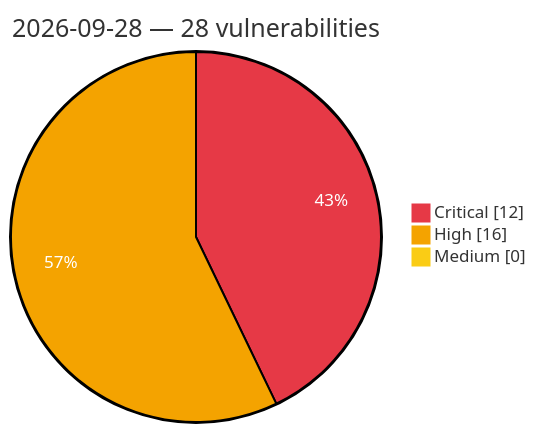
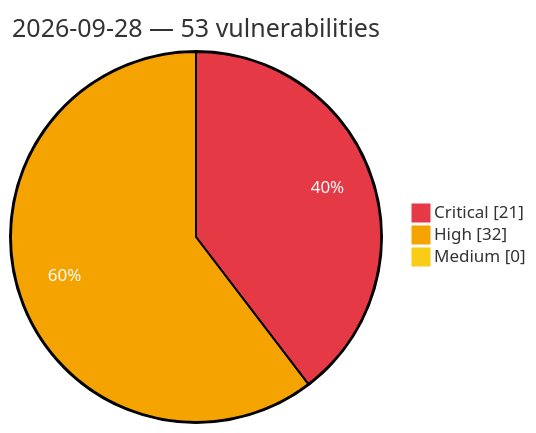
Before and after one commit to GhostX0X/vuln-tracker: the diagram in vulnerabilities/2026/September/2026-09-28.md, drawn with Mermaid. The commit also changed other lines of this file and 5 other files, not shown here.

Commit message:
Auto update: critical/high vulns (2026-09-28 20:39 UTC)

````diff
--- a/vulnerabilities/2026/September/2026-09-28.md
+++ b/vulnerabilities/2026/September/2026-09-28.md
@@ -3,8 +3,8 @@
 ```mermaid
 %%{init: {'theme':'base', 'themeVariables': {'pie1':'#e63946', 'pie2':'#f4a300', 'pie3':'#facc15', 'pieOpacity':'1', 'pieOuterStrokeWidth':'2px', 'pieSectionTextColor':'#ffffff'}}}%%
 pie showData
-    title 2026-09-28 — 28 vulnerabilities
-    "Critical" : 12
-    "High" : 16
+    title 2026-09-28 — 53 vulnerabilities
+    "Critical" : 21
+    "High" : 32
     "Medium" : 0
 ```
````
